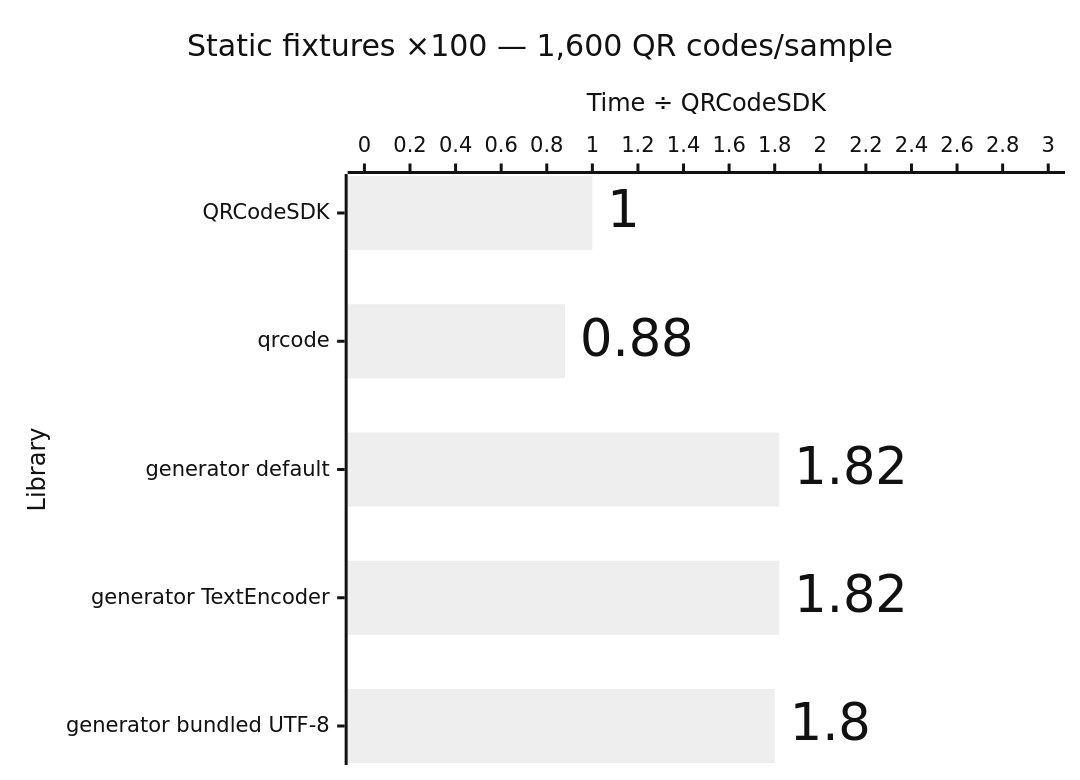
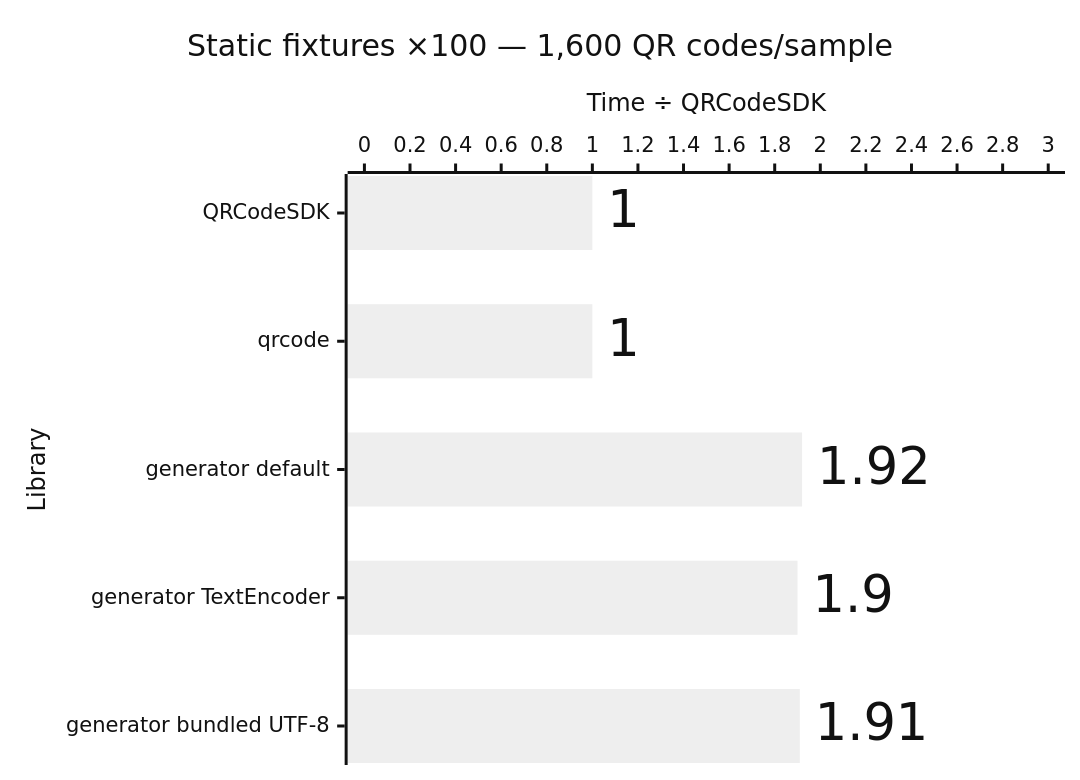
The tenth of 12 diagrams in apps/docs/src/content/docs/advanced/performance.md (Dafnik/qrcodesdk), drawn with Mermaid (neutral theme) before and after one commit. The commit also changed other lines of this file and 5 other files, not shown here.

````diff
--- a/apps/docs/src/content/docs/advanced/performance.md
+++ b/apps/docs/src/content/docs/advanced/performance.md
@@ -209,15 +209,15 @@
 ```mermaid
 ---
 config:
   xyChart:
     showDataLabel: true
     showDataLabelOutsideBar: true
 ---
 xychart horizontal
   accTitle: SVG generation: Static fixtures ×100 — 1,600 QR codes/sample
-  accDescr: Relative median time compared with QRCodeSDK. QRCodeSDK 1.00 times, qrcode 0.88 times, generator default 1.82 times, generator TextEncoder 1.82 times, generator bundled UTF-8 1.80 times. Lower is better.
+  accDescr: Relative median time compared with QRCodeSDK. QRCodeSDK 1.00 times, qrcode 1.00 times, generator default 1.92 times, generator TextEncoder 1.90 times, generator bundled UTF-8 1.91 times. Lower is better.
   title "Static fixtures ×100 — 1,600 QR codes/sample"
   x-axis "Library" ["QRCodeSDK", "qrcode", "generator default", "generator TextEncoder", "generator bundled UTF-8"]
   y-axis "Time ÷ QRCodeSDK" 0 --> 3.0
-  bar [1.00, 0.88, 1.82, 1.82, 1.80]
+  bar [1.00, 1.00, 1.92, 1.90, 1.91]
 ```
````
